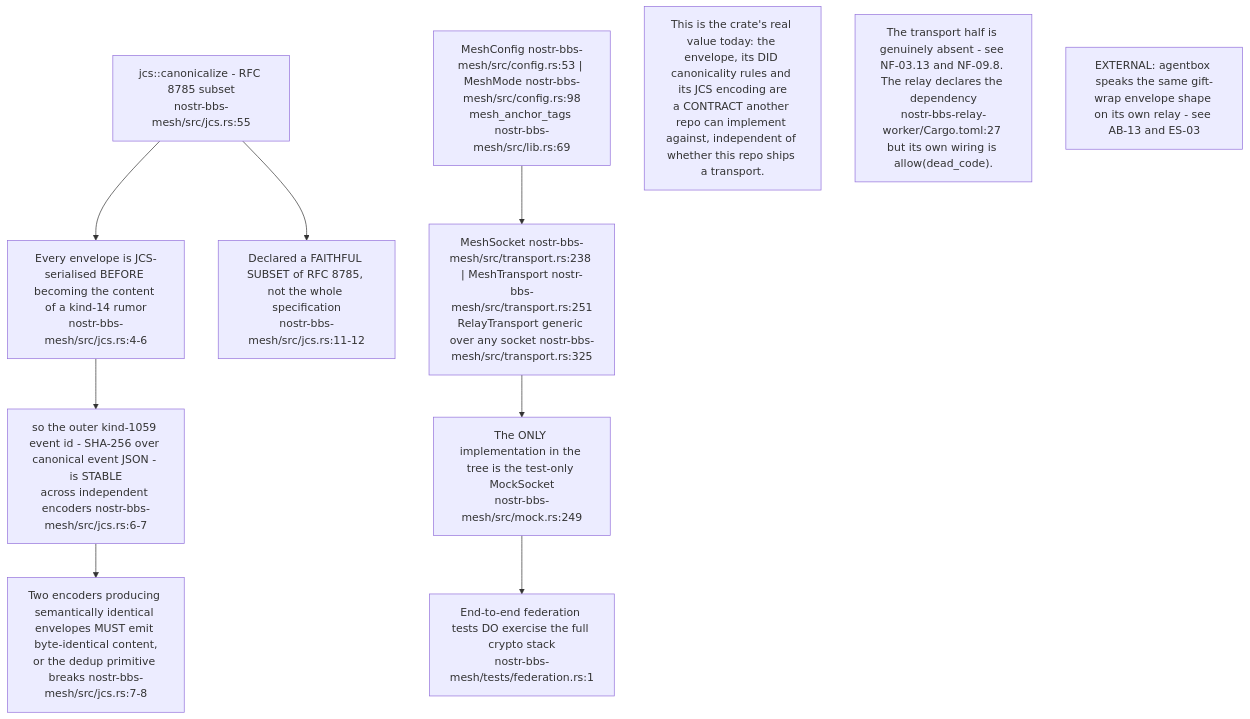
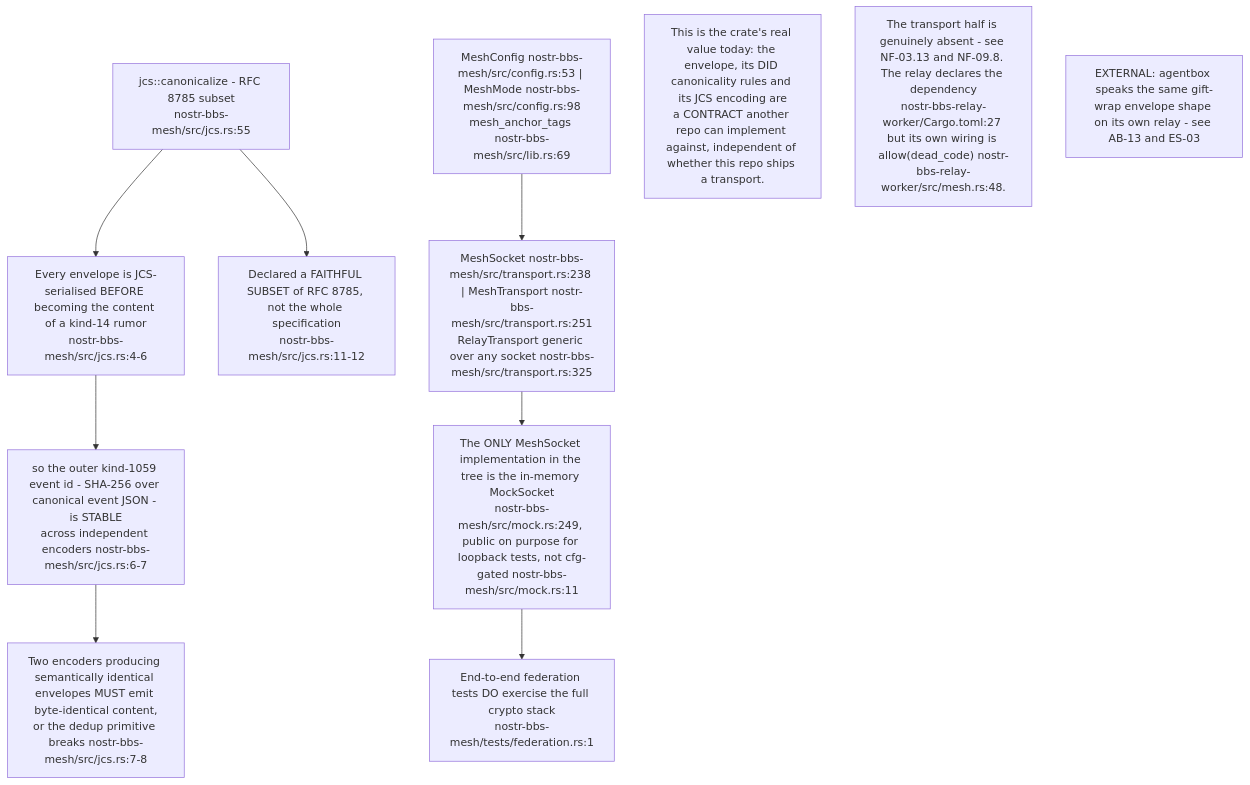
Before and after one commit to DreamLab-AI/VisionFlow: the eighth of 10 diagrams in docs/diagrams/nostr-rust-forum/12-core-wire-crypto-and-federation-envelope.md, drawn with Mermaid. The commit also changed other lines of this file and 91 other files, not shown here.

````diff
--- a/docs/diagrams/nostr-rust-forum/12-core-wire-crypto-and-federation-envelope.md
+++ b/docs/diagrams/nostr-rust-forum/12-core-wire-crypto-and-federation-envelope.md
@@ -285,21 +293,21 @@
 ```mermaid
 flowchart TB
     JCS["jcs::canonicalize - RFC 8785 subset<br/>nostr-bbs-mesh/src/jcs.rs:55"]
     WHY["Every envelope is JCS-serialised BEFORE becoming the content of a kind-14 rumor<br/>nostr-bbs-mesh/src/jcs.rs:4-6"]
     ID["so the outer kind-1059 event id - SHA-256 over canonical event JSON - is STABLE<br/>across independent encoders nostr-bbs-mesh/src/jcs.rs:6-7"]
     DEDUP["Two encoders producing semantically identical envelopes MUST emit byte-identical content,<br/>or the dedup primitive breaks nostr-bbs-mesh/src/jcs.rs:7-8"]
     HONEST["Declared a FAITHFUL SUBSET of RFC 8785, not the whole specification<br/>nostr-bbs-mesh/src/jcs.rs:11-12"]
     TRANS["MeshSocket nostr-bbs-mesh/src/transport.rs:238 | MeshTransport nostr-bbs-mesh/src/transport.rs:251<br/>RelayTransport generic over any socket nostr-bbs-mesh/src/transport.rs:325"]
-    ONLY["The ONLY implementation in the tree is the test-only MockSocket<br/>nostr-bbs-mesh/src/mock.rs:249"]
+    ONLY["The ONLY MeshSocket implementation in the tree is the in-memory MockSocket<br/>nostr-bbs-mesh/src/mock.rs:249, public on purpose for loopback tests, not cfg-gated nostr-bbs-mesh/src/mock.rs:11"]
     TEST["End-to-end federation tests DO exercise the full crypto stack<br/>nostr-bbs-mesh/tests/federation.rs:1"]
     CFG["MeshConfig nostr-bbs-mesh/src/config.rs:53 | MeshMode nostr-bbs-mesh/src/config.rs:98<br/>mesh_anchor_tags nostr-bbs-mesh/src/lib.rs:69"]
 
     JCS --> WHY --> ID --> DEDUP
     JCS --> HONEST
     TRANS --> ONLY --> TEST
     CFG --> TRANS
 
     N1["This is the crate's real value today: the envelope, its DID canonicality rules and its JCS encoding are<br/>a CONTRACT another repo can implement against, independent of whether this repo ships a transport."]
-    N2["The transport half is genuinely absent - see NF-03.13 and NF-09.8. The relay declares the dependency<br/>nostr-bbs-relay-worker/Cargo.toml:27 but its own wiring is allow(dead_code)."]
+    N2["The transport half is genuinely absent - see NF-03.13 and NF-09.8. The relay declares the dependency<br/>nostr-bbs-relay-worker/Cargo.toml:27 but its own wiring is allow(dead_code) nostr-bbs-relay-worker/src/mesh.rs:48."]
     N3["EXTERNAL: agentbox speaks the same gift-wrap envelope shape on its own relay - see AB-13 and ES-03"]
 ```
````
